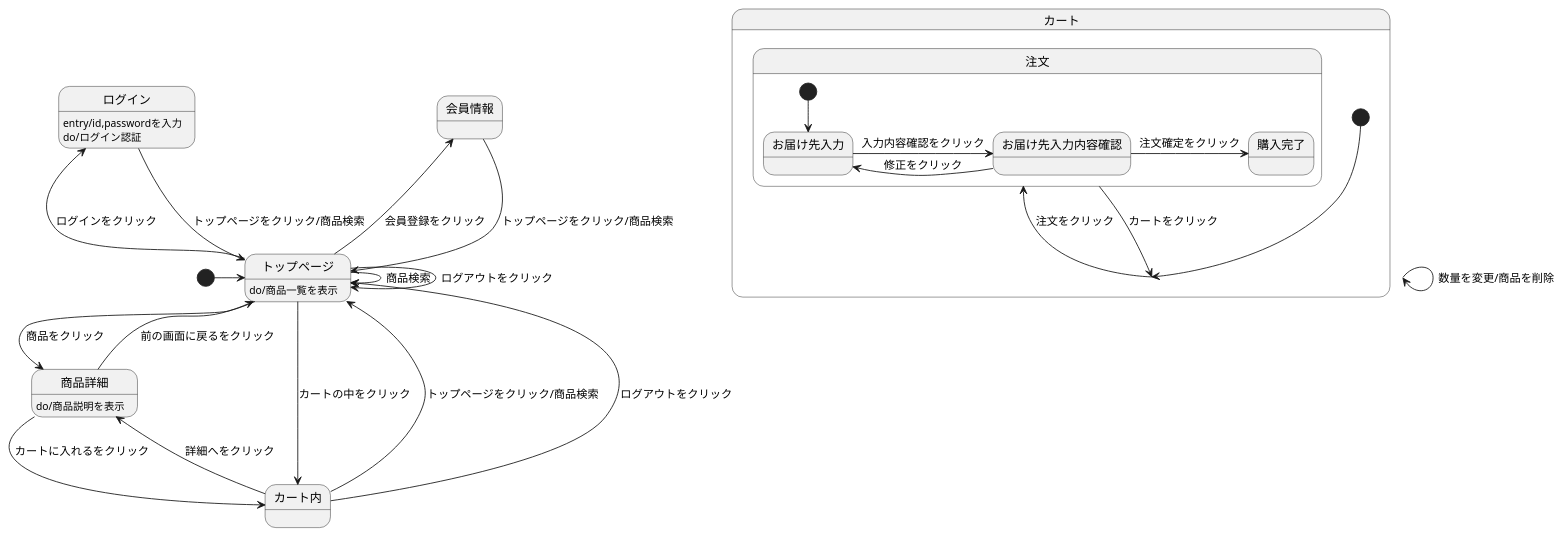
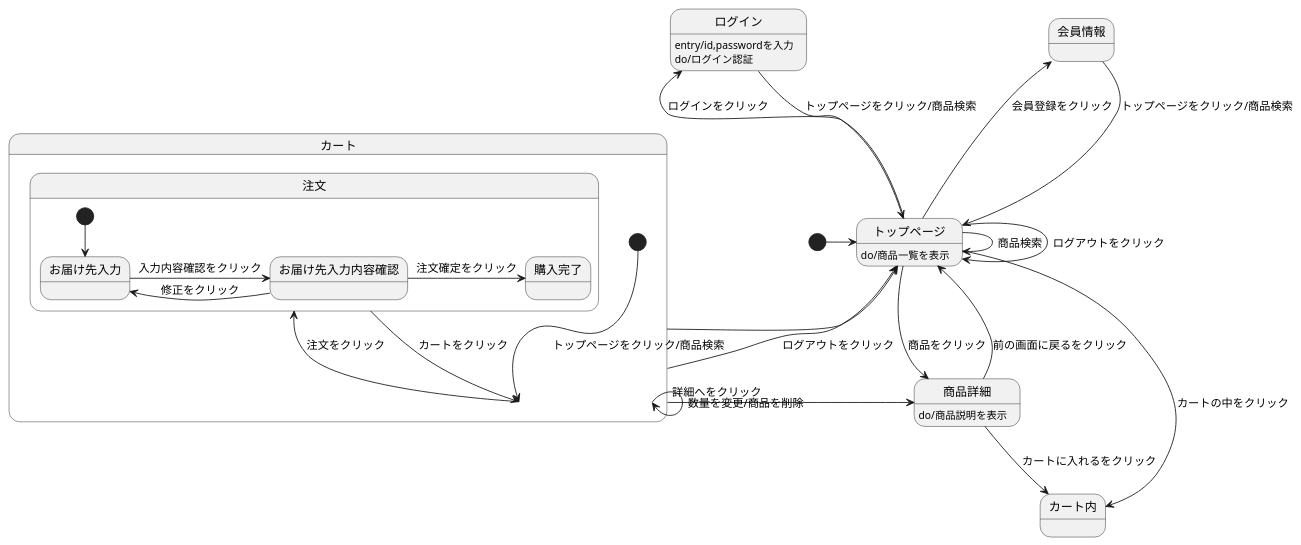
One commit to Aso2001369/2021sys-design changed the diagram in src/md/画面遷移図.md. Above: the diagram before and after it, drawn with PlantUML.

````diff
--- a/src/md/画面遷移図.md
+++ b/src/md/画面遷移図.md
@@ -1,36 +1,36 @@
 ```uml
 @startuml
 
 [*] -> トップページ
 会員情報 --> トップページ : トップページをクリック/商品検索
 ログイン --> トップページ : トップページをクリック/商品検索
 ログイン : entry/id,passwordを入力
 ログイン : do/ログイン認証
 トップページ --> トップページ : ログアウトをクリック
 トップページ -> トップページ : 商品検索
 トップページ -> 商品詳細 : 商品をクリック
 トップページ -left-> 会員情報 : 会員登録をクリック
 トップページ -left-> ログイン : ログインをクリック
 トップページ --> カート内 : カートの中をクリック
 トップページ : do/商品一覧を表示
 商品詳細 --> カート内 : カートに入れるをクリック
 商品詳細 --> トップページ : 前の画面に戻るをクリック
 商品詳細 : do/商品説明を表示
-カート内 -up-> トップページ : トップページをクリック/商品検索
-カート内 -up-> トップページ : ログアウトをクリック
-カート内 -> 商品詳細 : 詳細へをクリック
+カート -up-> トップページ : トップページをクリック/商品検索
+カート -up-> トップページ : ログアウトをクリック
+カート -> 商品詳細 : 詳細へをクリック
 
 state カート {
   [*] --> カート
   カート -> 注文 : 注文をクリック
   カート -> カート : 数量を変更/商品を削除
   注文 --> カート : カートをクリック
   state 注文 {
     [*] --> お届け先入力
     お届け先入力 -> お届け先入力内容確認 : 入力内容確認をクリック
     お届け先入力内容確認 -> お届け先入力 : 修正をクリック
     お届け先入力内容確認 -> 購入完了 : 注文確定をクリック
   }
  }
 @enduml
 ```
````
